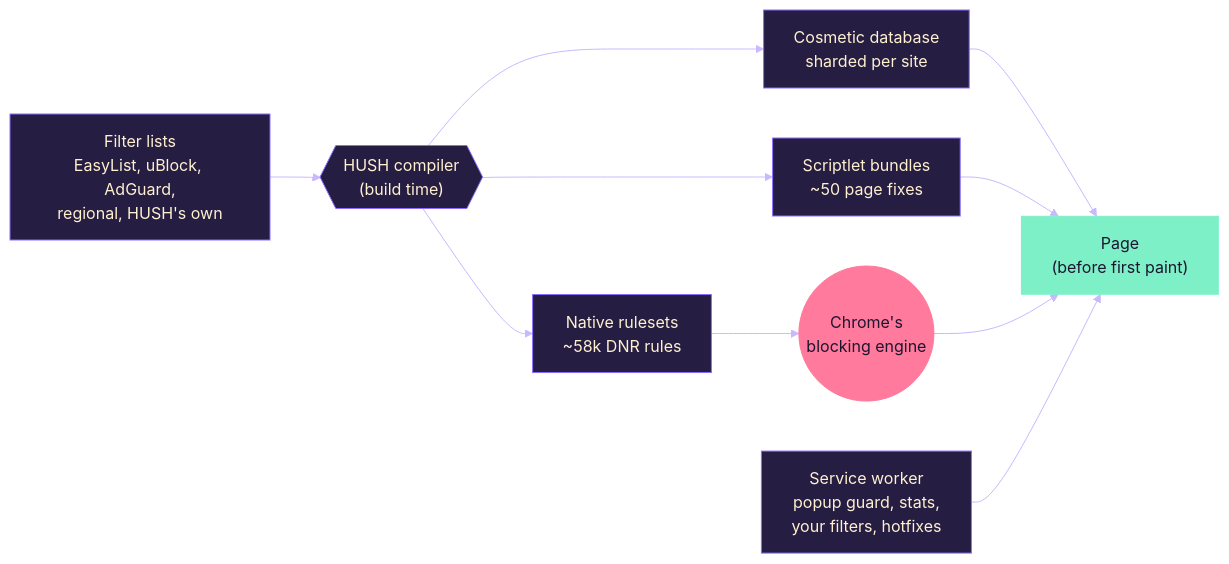
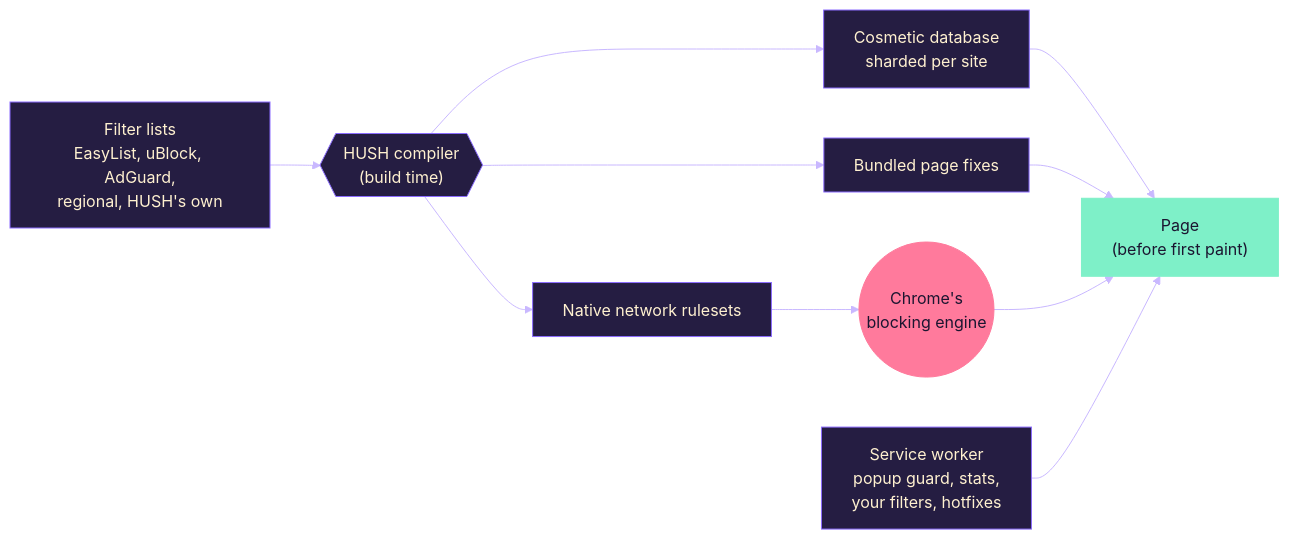
Before and after one commit to mohitbansal25082006/HUSH: the diagram in README.md, drawn with Mermaid. The commit also changed other lines of this file and 35 other files, not shown here.

````diff
--- a/README.md
+++ b/README.md
@@ -142,17 +141,17 @@
 ```mermaid
 %%{init: {'theme':'base','themeVariables':{'primaryColor':'#251d42','primaryTextColor':'#fff1d0','primaryBorderColor':'#8b6cff','lineColor':'#c9b8ff','secondaryColor':'#2e2552','tertiaryColor':'#1b1530','fontFamily':'ui-sans-serif, system-ui'}}}%%
 flowchart LR
     L["Filter lists<br/>EasyList, uBlock, AdGuard,<br/>regional, HUSH's own"] --> C{{"HUSH compiler<br/>(build time)"}}
-    C --> R["Native rulesets<br/>~58k DNR rules"]
+    C --> R["Native network rulesets"]
     C --> K["Cosmetic database<br/>sharded per site"]
-    C --> S["Scriptlet bundles<br/>~50 page fixes"]
+    C --> S["Bundled page fixes"]
     R --> B(("Chrome's<br/>blocking engine"))
     K --> P["Page<br/>(before first paint)"]
     S --> P
     B --> P
     W["Service worker<br/>popup guard, stats,<br/>your filters, hotfixes"] --> P
     classDef hot fill:#ff7a9c,stroke:#ff7a9c,color:#1b1530
     classDef calm fill:#7ef0c8,stroke:#7ef0c8,color:#1b1530
     class B hot
     class P calm
 ```
````
